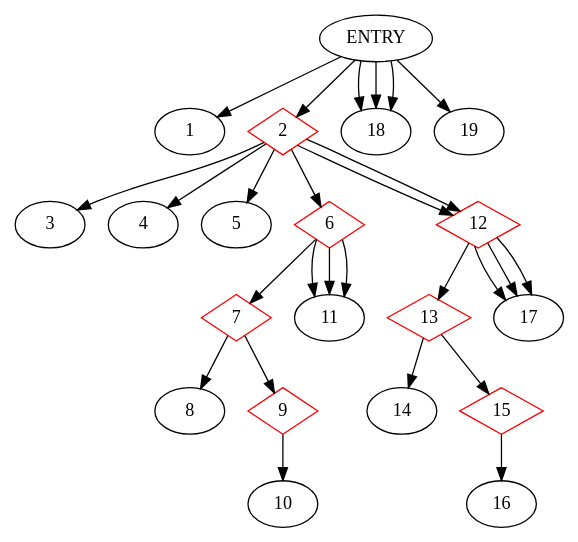
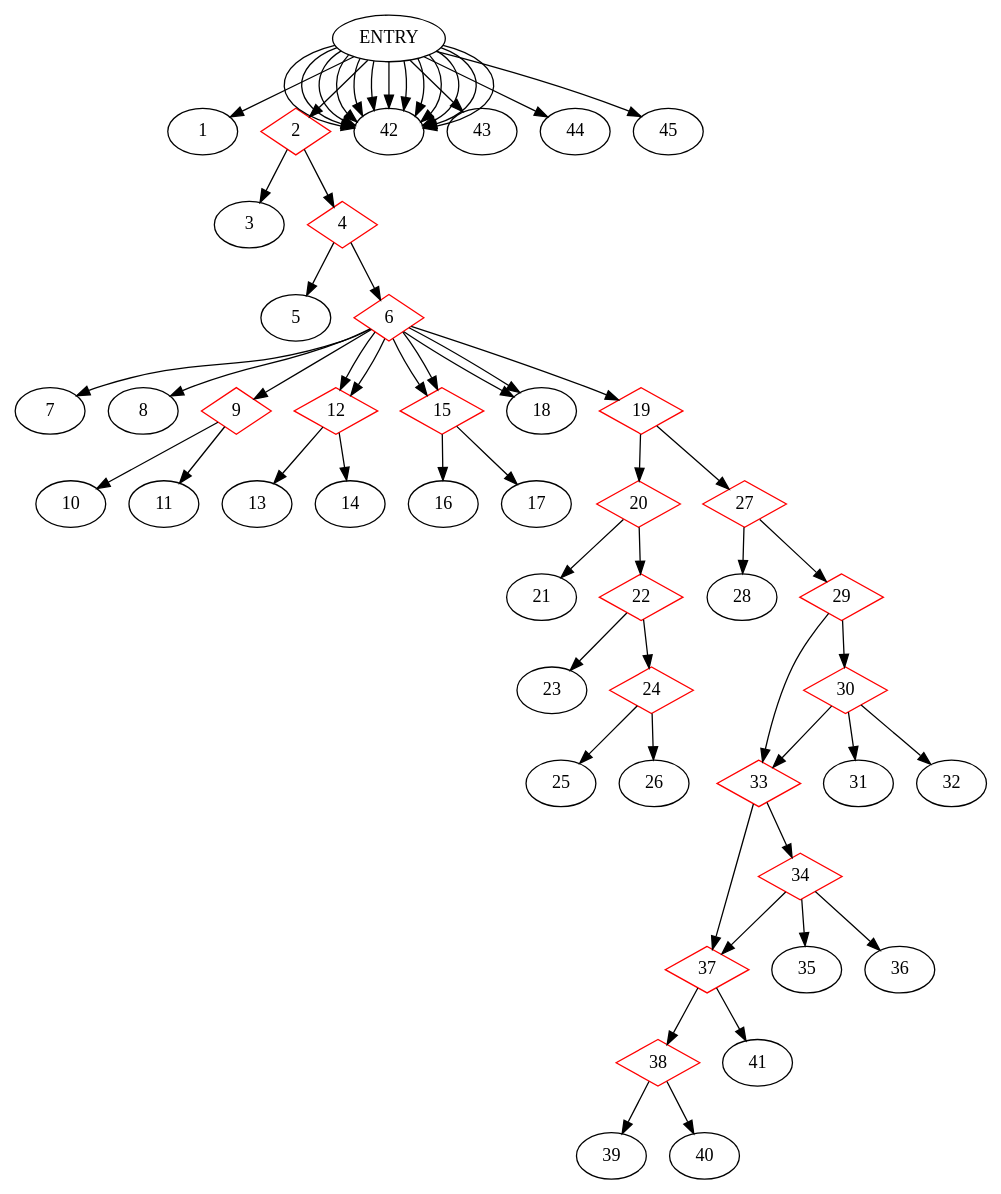
The diagram in Testgen/CDG.dot (akshitij/TestgenRepo), drawn with Graphviz before and after one commit. The commit also changed 203 other files, not shown here.

```diff
--- a/Testgen/CDG.dot
+++ b/Testgen/CDG.dot
@@ -1,36 +1,85 @@
 digraph CDG {
 ENTRY -> 1
 2 [shape=diamond, color=red]
 ENTRY -> 2
 2-> 3
+4 [shape=diamond, color=red]
 2-> 4
-ENTRY -> 18
-2-> 5
+ENTRY -> 42
+4-> 5
 6 [shape=diamond, color=red]
-2-> 6
-7 [shape=diamond, color=red]
+4-> 6
+ENTRY -> 42
 6-> 7
+6-> 8
+ENTRY -> 42
+9 [shape=diamond, color=red]
+6-> 9
+9-> 10
+9-> 11
 12 [shape=diamond, color=red]
-2-> 12
-7-> 8
-6-> 11
-9 [shape=diamond, color=red]
-7-> 9
-9-> 10
-6-> 11
-6-> 11
+6-> 12
 12 [shape=diamond, color=red]
-2-> 12
-13 [shape=diamond, color=red]
+6-> 12
 12-> 13
-ENTRY -> 18
-13-> 14
-12-> 17
+12-> 14
 15 [shape=diamond, color=red]
-13-> 15
+6-> 15
+15 [shape=diamond, color=red]
+6-> 15
 15-> 16
-12-> 17
-12-> 17
-ENTRY -> 18
-ENTRY -> 19
+15-> 17
+6-> 18
+6-> 18
+19 [shape=diamond, color=red]
+6-> 19
+20 [shape=diamond, color=red]
+19-> 20
+27 [shape=diamond, color=red]
+19-> 27
+20-> 21
+22 [shape=diamond, color=red]
+20-> 22
+ENTRY -> 42
+22-> 23
+24 [shape=diamond, color=red]
+22-> 24
+ENTRY -> 42
+24-> 25
+24-> 26
+ENTRY -> 42
+ENTRY -> 42
+27-> 28
+29 [shape=diamond, color=red]
+27-> 29
+ENTRY -> 42
+30 [shape=diamond, color=red]
+29-> 30
+33 [shape=diamond, color=red]
+29-> 33
+30-> 31
+30-> 32
+ENTRY -> 42
+33 [shape=diamond, color=red]
+30-> 33
+34 [shape=diamond, color=red]
+33-> 34
+37 [shape=diamond, color=red]
+33-> 37
+34-> 35
+34-> 36
+ENTRY -> 42
+37 [shape=diamond, color=red]
+34-> 37
+38 [shape=diamond, color=red]
+37-> 38
+37-> 41
+38-> 39
+38-> 40
+ENTRY -> 42
+ENTRY -> 42
+ENTRY -> 42
+ENTRY -> 43
+ENTRY -> 44
+ENTRY -> 45
 }
```
